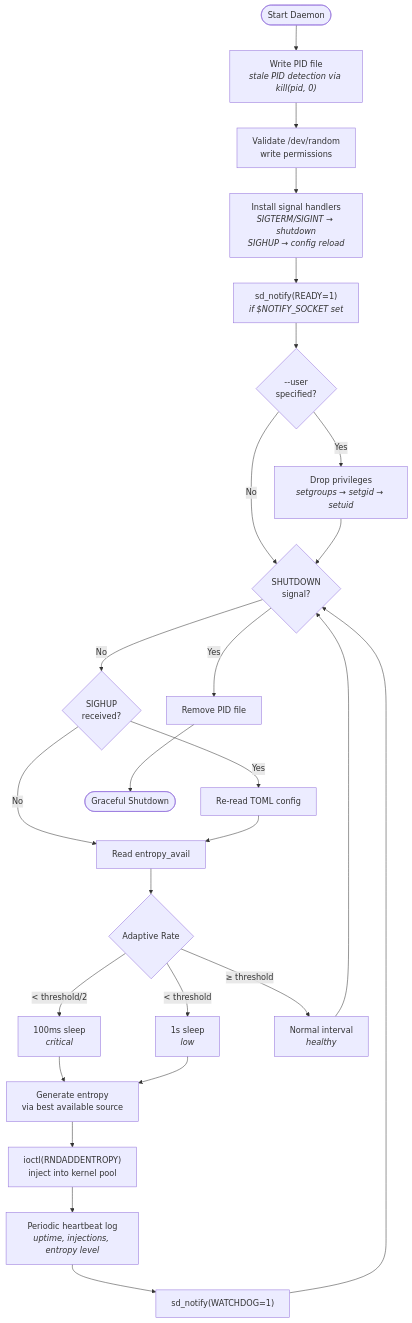
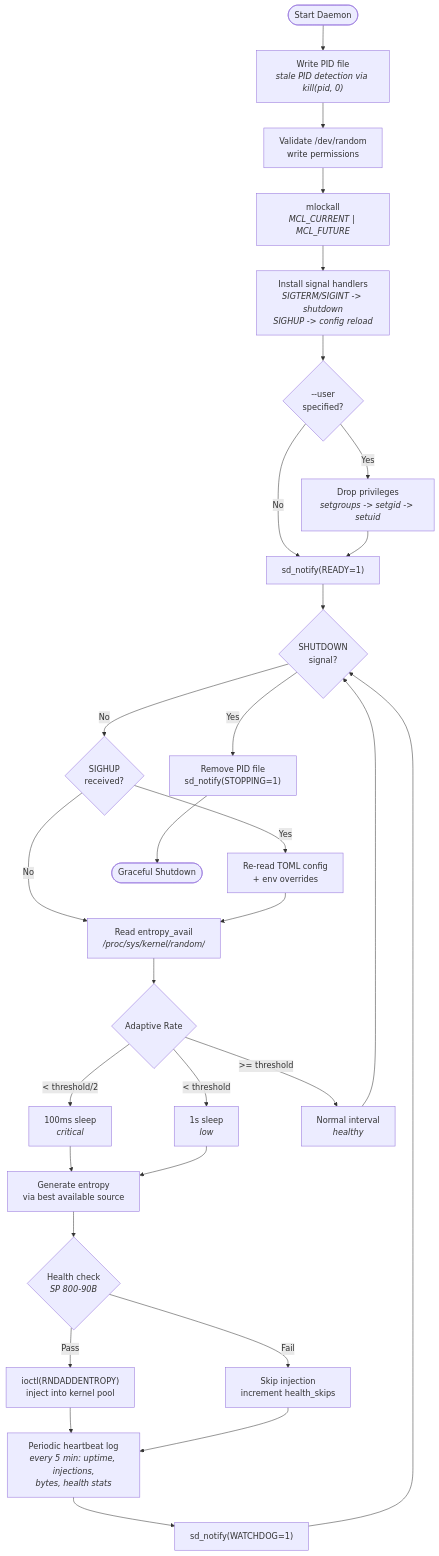
One commit to sonoransun/entropy-svc changed the fifth of 8 diagrams in README.md. Above: the diagram before and after it, drawn with Mermaid. The commit also changed other lines of this file and 16 other files, not shown here.

````diff
--- a/README.md
+++ b/README.md
@@ -167,33 +209,37 @@
 ```mermaid
 flowchart TD
     Start([Start Daemon]) --> PID["Write PID file<br/><i>stale PID detection via kill(pid, 0)</i>"]
     PID --> Validate["Validate /dev/random<br/>write permissions"]
-    Validate --> Signals["Install signal handlers<br/><i>SIGTERM/SIGINT → shutdown</i><br/><i>SIGHUP → config reload</i>"]
-    Signals --> Notify["sd_notify(READY=1)<br/><i>if $NOTIFY_SOCKET set</i>"]
-    Notify --> PrivDrop{"--user<br/>specified?"}
-    PrivDrop -- Yes --> Drop["Drop privileges<br/><i>setgroups → setgid → setuid</i>"]
-    PrivDrop -- No --> Loop
-    Drop --> Loop
+    Validate --> MLock["mlockall<br/><i>MCL_CURRENT | MCL_FUTURE</i>"]
+    MLock --> Signals["Install signal handlers<br/><i>SIGTERM/SIGINT -> shutdown</i><br/><i>SIGHUP -> config reload</i>"]
+    Signals --> PrivDrop{"--user<br/>specified?"}
+    PrivDrop -- Yes --> Drop["Drop privileges<br/><i>setgroups -> setgid -> setuid</i>"]
+    PrivDrop -- No --> Notify
+    Drop --> Notify["sd_notify(READY=1)"]
+    Notify --> Loop
 
     Loop{"SHUTDOWN<br/>signal?"}
     Loop -- No --> Reload{"SIGHUP<br/>received?"}
-    Reload -- Yes --> ReloadCfg["Re-read TOML config"]
+    Reload -- Yes --> ReloadCfg["Re-read TOML config<br/>+ env overrides"]
     Reload -- No --> Read
     ReloadCfg --> Read
 
-    Read["Read entropy_avail"] --> Rate{"Adaptive Rate"}
+    Read["Read entropy_avail<br/><i>/proc/sys/kernel/random/</i>"] --> Rate{"Adaptive Rate"}
 
     Rate -- "< threshold/2" --> Fast["100ms sleep<br/><i>critical</i>"]
     Rate -- "< threshold" --> Medium["1s sleep<br/><i>low</i>"]
-    Rate -- "≥ threshold" --> Normal["Normal interval<br/><i>healthy</i>"]
+    Rate -- ">= threshold" --> Normal["Normal interval<br/><i>healthy</i>"]
 
     Fast --> Gen
     Medium --> Gen
-    Gen["Generate entropy<br/>via best available source"] --> Inject["ioctl(RNDADDENTROPY)<br/>inject into kernel pool"]
-    Inject --> Heartbeat["Periodic heartbeat log<br/><i>uptime, injections, entropy level</i>"]
+    Gen["Generate entropy<br/>via best available source"] --> HealthCheck{"Health check<br/><i>SP 800-90B</i>"}
+    HealthCheck -- Pass --> Inject["ioctl(RNDADDENTROPY)<br/>inject into kernel pool"]
+    HealthCheck -- Fail --> Skip["Skip injection<br/>increment health_skips"]
+    Inject --> Heartbeat["Periodic heartbeat log<br/><i>every 5 min: uptime, injections,<br/>bytes, health stats</i>"]
+    Skip --> Heartbeat
     Heartbeat --> Watchdog["sd_notify(WATCHDOG=1)"]
     Watchdog --> Loop
     Normal --> Loop
 
-    Loop -- Yes --> Cleanup["Remove PID file"] --> Shutdown([Graceful Shutdown])
+    Loop -- Yes --> Cleanup["Remove PID file<br/>sd_notify(STOPPING=1)"] --> Shutdown([Graceful Shutdown])
 ```
````
